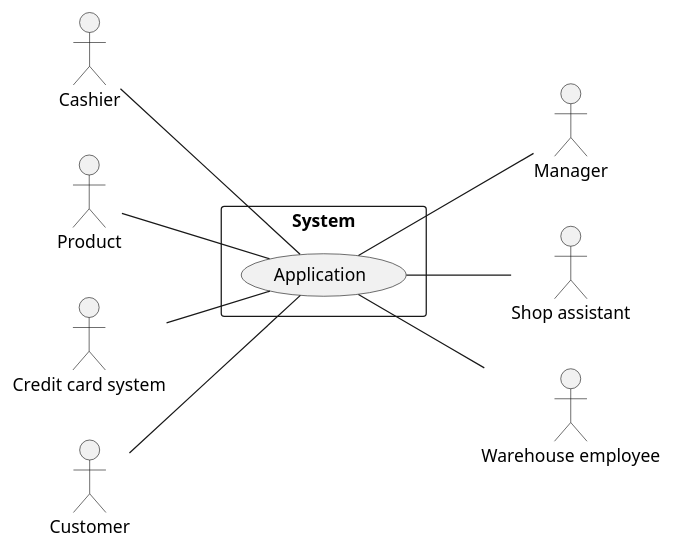
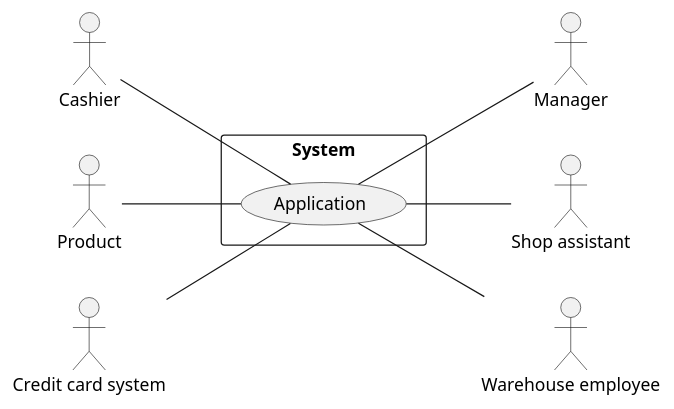
One commit to marco-ballario/EzShop changed the first of 3 diagrams in Deliverables/RequirementsDocument.md. Above: the diagram before and after it, drawn with PlantUML.

Commit message:
Update RequirementsDocument.md  modified context diagram

````diff
--- a/Deliverables/RequirementsDocument.md
+++ b/Deliverables/RequirementsDocument.md
@@ -57,20 +57,18 @@
 ```plantuml
 left to right direction
 actor "Cashier" as C
 actor "Product" as P
 actor "Credit card system" as CCS
 actor "Manager" as M
 actor "Shop assistant" as SA
 actor "Warehouse employee" as WE
-actor "Customer" as CU
 rectangle System{
 	(Application) as SW
 	C -- SW
 	P -- SW
 	CCS -- SW
-	CU -- SW
 	SW -- WE
 	SW -- M
 	SW -- SA
 }
 ```
````
